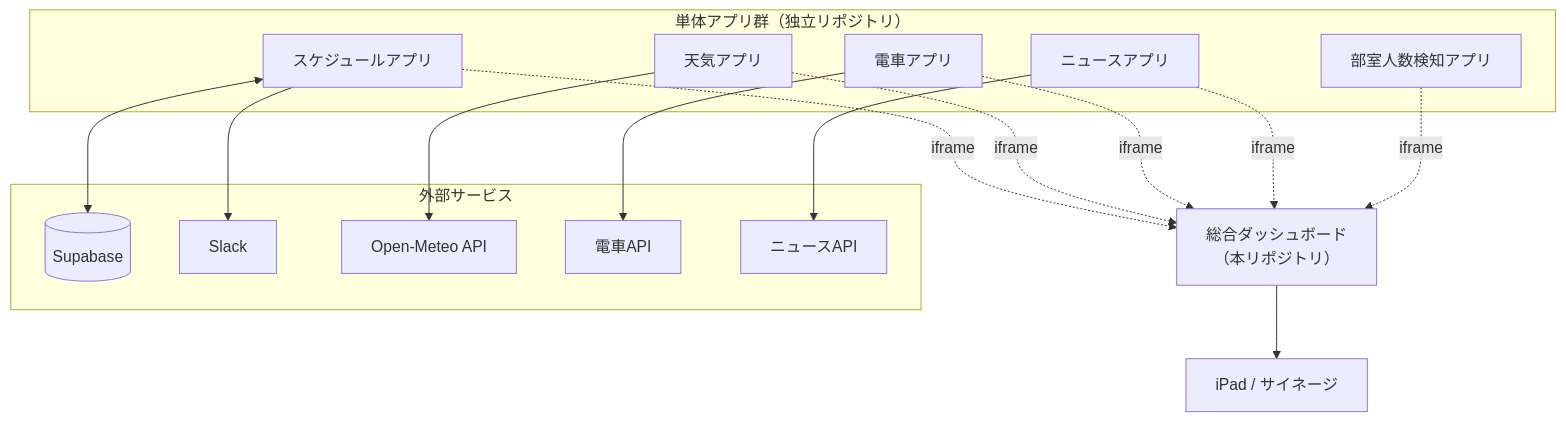
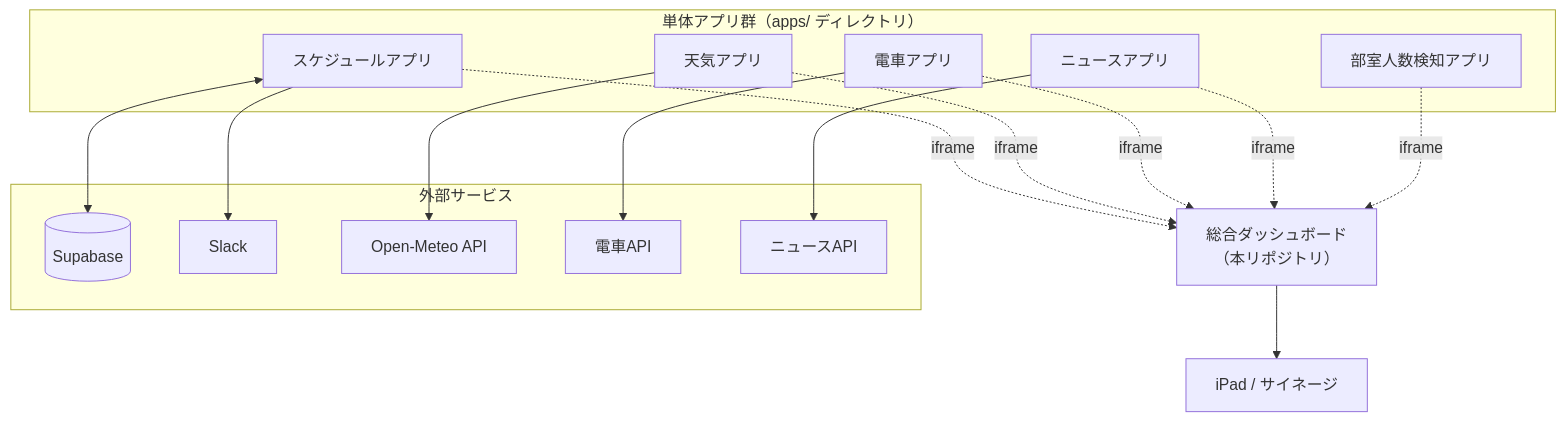
One commit to Shun523/dsc_dashboard changed the diagram in README.md. Above: the diagram before and after it, drawn with Mermaid. The commit also changed other lines of this file and 3 other files, not shown here.

````diff
--- a/README.md
+++ b/README.md
@@ -13,35 +13,35 @@
 ```mermaid
 graph TD
-  subgraph apps[単体アプリ群（独立リポジトリ）]
+  subgraph apps[単体アプリ群（apps/ ディレクトリ）]
     schedule[スケジュールアプリ]
     weather[天気アプリ]
     transit[電車アプリ]
     news[ニュースアプリ]
     occupancy[部室人数検知アプリ]
   end
 
   subgraph external[外部サービス]
     supabase[(Supabase)]
     slack[Slack]
     weather_api[Open-Meteo API]
     transit_api[電車API]
     news_api[ニュースAPI]
   end
 
   dashboard[総合ダッシュボード<br/>（本リポジトリ）]
   display[iPad / サイネージ]
 
   schedule <--> supabase
   schedule --> slack
   weather --> weather_api
   transit --> transit_api
   news --> news_api
 
   schedule -. iframe .-> dashboard
   weather -. iframe .-> dashboard
   transit -. iframe .-> dashboard
   news -. iframe .-> dashboard
   occupancy -. iframe .-> dashboard
 
   dashboard --> display
 ```
````
